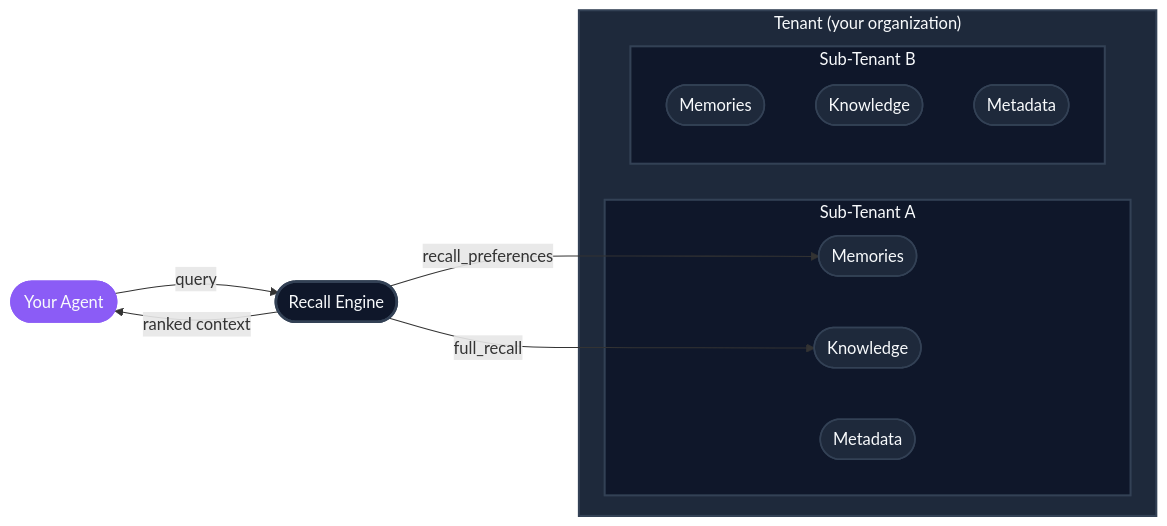
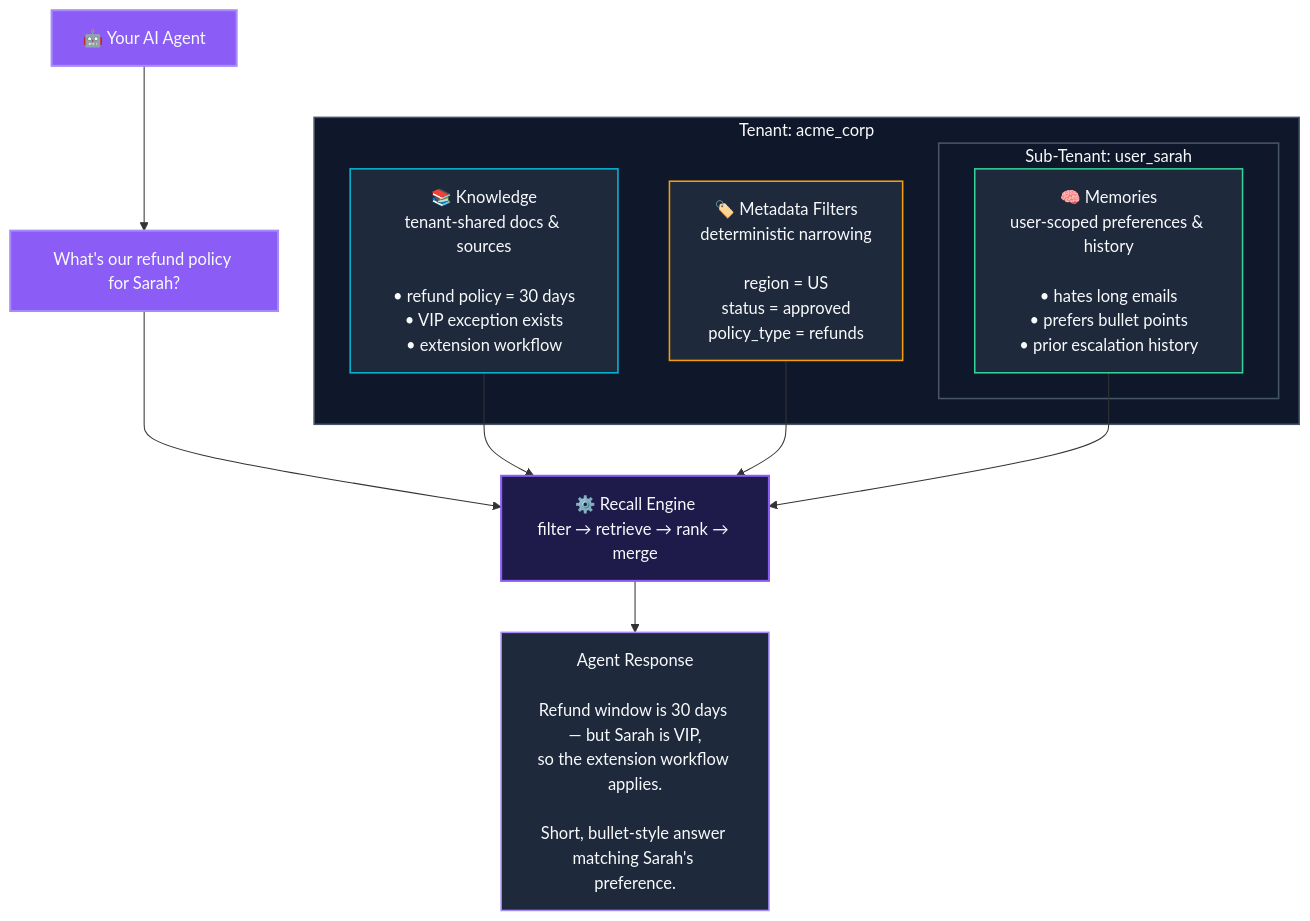
One commit to sreeramgvp11/mintlify-docs changed the diagram in get-started/core-concepts.mdx. Above: the diagram before and after it, drawn with Mermaid. The commit also changed other lines of this file, not shown here.

````diff
--- a/get-started/core-concepts.mdx
+++ b/get-started/core-concepts.mdx
@@ -26,40 +26,40 @@
 ```mermaid
-flowchart LR
- %% Core structure
- subgraph Tenant["Tenant (your organization)"]
- subgraph SubA["Sub-Tenant A"]
- M1([Memories])
- K1([Knowledge])
- MD1([Metadata])
- end
- subgraph SubB["Sub-Tenant B"]
- M2([Memories])
- K2([Knowledge])
- MD2([Metadata])
- end
- end
+flowchart TB
+  Agent["🤖 Your AI Agent"]
+  Query["What's our refund policy for Sarah?"]
 
- Agent([Your Agent]) -->|query| Recall([Recall Engine])
- Recall -->|recall_preferences| M1
- Recall -->|full_recall| K1
- Recall -->|ranked context| Agent
+  Agent --> Query
+  Query --> Recall["⚙️ Recall Engine<br/>filter → retrieve → rank → merge"]
 
- %% --- HydraDB Dark Mode Styles ---
+  subgraph Tenant["Tenant: acme_corp"]
+    Knowledge["📚 Knowledge<br/>tenant-shared docs & sources<br/><br/>• refund policy = 30 days<br/>• VIP exception exists<br/>• extension workflow"]
 
- %% Tenant group backgrounds
- style Tenant fill:#1e293b,stroke:#334155,stroke-width:2px,color:#f8fafc,stroke-linecap:round
- style SubA fill:#0f172a,stroke:#334155,stroke-width:2px,color:#f8fafc,stroke-linecap:round
- style SubB fill:#0f172a,stroke:#334155,stroke-width:2px,color:#f8fafc,stroke-linecap:round
+    Metadata["🏷️ Metadata Filters<br/>deterministic narrowing<br/><br/>region = US<br/>status = approved<br/>policy_type = refunds"]
 
- %% Primitives nodes
- style M1 fill:#1e293b,stroke:#334155,stroke-width:1.5px,color:#f8fafc,stroke-linecap:round
- style K1 fill:#1e293b,stroke:#334155,stroke-width:1.5px,color:#f8fafc,stroke-linecap:round
- style MD1 fill:#1e293b,stroke:#334155,stroke-width:1.5px,color:#f8fafc,stroke-linecap:round
- style M2 fill:#1e293b,stroke:#334155,stroke-width:1.5px,color:#f8fafc,stroke-linecap:round
- style K2 fill:#1e293b,stroke:#334155,stroke-width:1.5px,color:#f8fafc,stroke-linecap:round
- style MD2 fill:#1e293b,stroke:#334155,stroke-width:1.5px,color:#f8fafc,stroke-linecap:round
+    subgraph SubTenant["Sub-Tenant: user_sarah"]
+      Memories["🧠 Memories<br/>user-scoped preferences & history<br/><br/>• hates long emails<br/>• prefers bullet points<br/>• prior escalation history"]
+    end
+  end
 
- %% Primary flow nodes
- style Agent fill:#8b5cf6,stroke:#8b5cf6,stroke-width:2px,color:#f8fafc,stroke-linecap:round
- style Recall fill:#0f172a,stroke:#334155,stroke-width:2.5px,color:#f8fafc,stroke-linecap:round
+  Knowledge --> Recall
+  Metadata --> Recall
+  Memories --> Recall
+
+  Recall --> Response["Agent Response<br/><br/>Refund window is 30 days — but Sarah is VIP,<br/>so the extension workflow applies.<br/><br/>Short, bullet-style answer matching Sarah's preference."]
+
+  classDef agent fill:#8b5cf6,stroke:#a78bfa,color:#f8fafc,stroke-width:2px
+  classDef recall fill:#1e1b4b,stroke:#8b5cf6,color:#f8fafc,stroke-width:2px
+  classDef knowledge fill:#1e293b,stroke:#06b6d4,color:#f8fafc,stroke-width:1.5px
+  classDef memory fill:#1e293b,stroke:#34d399,color:#f8fafc,stroke-width:1.5px
+  classDef metadata fill:#1e293b,stroke:#f59e0b,color:#f8fafc,stroke-width:1.5px
+  classDef response fill:#1e293b,stroke:#a78bfa,color:#f8fafc,stroke-width:1.5px
+  classDef scope fill:#0f172a,stroke:#475569,color:#f8fafc,stroke-width:1.5px
+
+  class Agent,Query agent
+  class Recall recall
+  class Knowledge knowledge
+  class Memories memory
+  class Metadata metadata
+  class Response response
+  class Tenant,SubTenant scope
 ```
````
